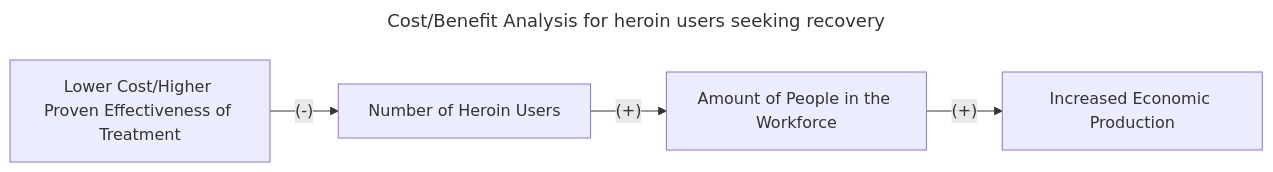
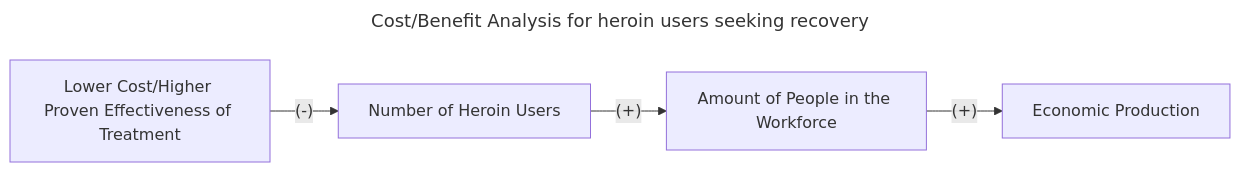
One commit to ecn310/course-project-zipcentercrime changed the fourth of 4 diagrams in Lit_Review/PaperSummaries.md. Above: the diagram before and after it, drawn with Mermaid.

Commit message:
Edited Causal Diagram 4

````diff
--- a/Lit_Review/PaperSummaries.md
+++ b/Lit_Review/PaperSummaries.md
@@ -71,7 +71,7 @@
 ```mermaid
 ---
 title: Cost/Benefit Analysis for heroin users seeking recovery
 ---
 flowchart LR
-A["Lower Cost/Higher Proven Effectiveness of Treatment"] --(#45;)--> B["Number of Heroin Users"] --(#43;)--> C["Amount of People in the Workforce"] --(#43;)--> D["Increased Economic Production"]
+A["Lower Cost/Higher Proven Effectiveness of Treatment"] --(#45;)--> B["Number of Heroin Users"] --(#43;)--> C["Amount of People in the Workforce"] --(#43;)--> D["Economic Production"]
 ```
````
